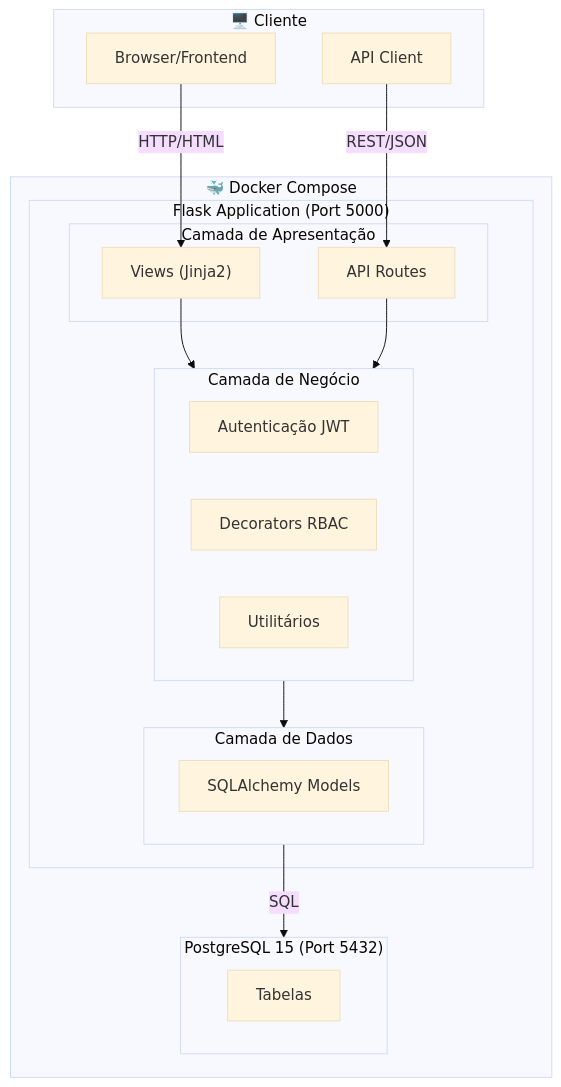
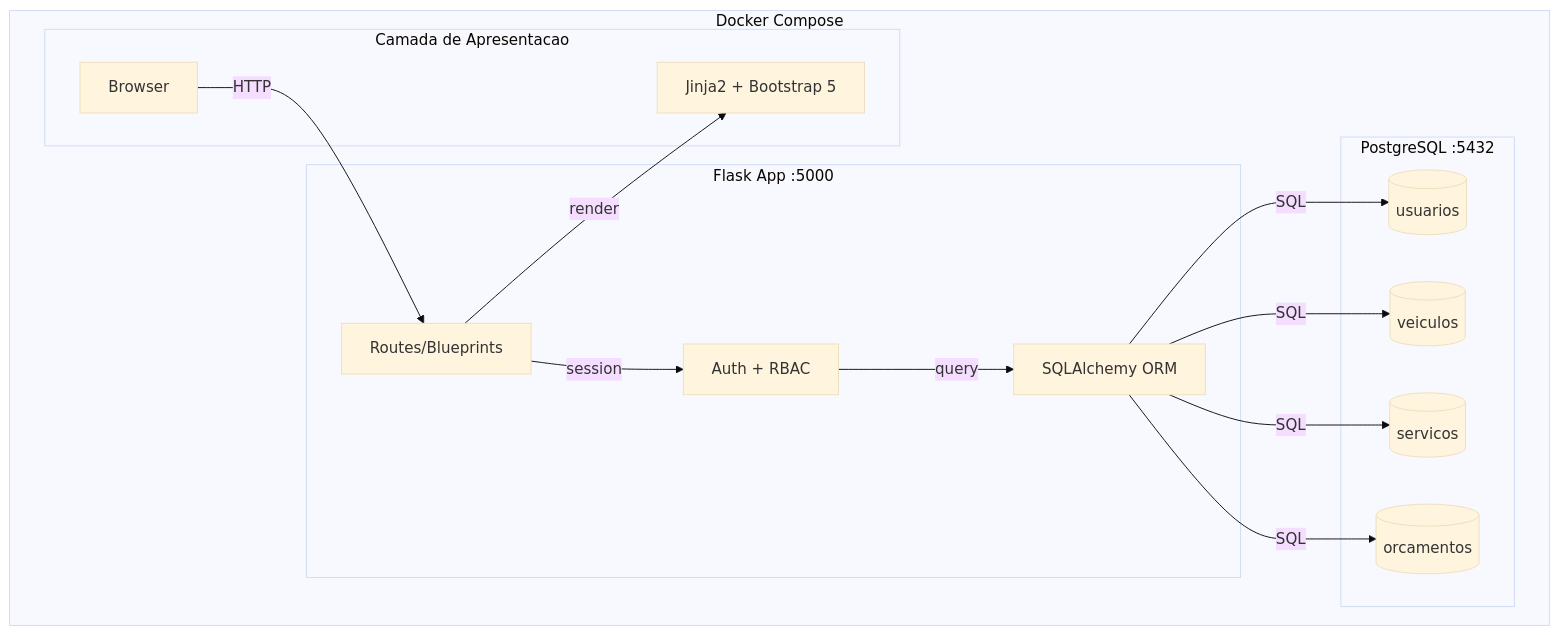
One commit to Gxaite/tppe changed the diagram in docs/ARQUITETURA.md. Above: the diagram before and after it, drawn with Mermaid (base theme). The commit also changed other lines of this file and 25 other files, not shown here.

````diff
--- a/docs/ARQUITETURA.md
+++ b/docs/ARQUITETURA.md
@@ -18,37 +24,31 @@
 ```mermaid
 flowchart TB
-    subgraph Cliente["🖥️ Cliente"]
-        Browser["Browser/Frontend"]
-        API["API Client"]
-    end
-
-    subgraph Container["🐳 Docker Compose"]
-        subgraph App["Flask Application (Port 5000)"]
-            subgraph Presentation["Camada de Apresentação"]
-                Views["Views (Jinja2)"]
-                Routes["API Routes"]
-            end
-
-            subgraph Business["Camada de Negócio"]
-                Auth["Autenticação JWT"]
-                Decorators["Decorators RBAC"]
-                Utils["Utilitários"]
-            end
-
-            subgraph Data["Camada de Dados"]
-                Models["SQLAlchemy Models"]
-            end
+    subgraph DOCKER["Docker Compose"]
+        subgraph FRONTEND["Camada de Apresentacao"]
+            BROWSER["Browser"]
+            TEMPLATES["Jinja2 + Bootstrap 5"]
         end
-
-        subgraph DB["PostgreSQL 15 (Port 5432)"]
-            Tables["Tabelas"]
+        
+        subgraph BACKEND["Flask App :5000"]
+            ROUTES["Routes/Blueprints"]
+            AUTH["Auth + RBAC"]
+            MODELS["SQLAlchemy ORM"]
+        end
+        
+        subgraph DATABASE["PostgreSQL :5432"]
+            USUARIOS[("usuarios")]
+            VEICULOS[("veiculos")]
+            SERVICOS[("servicos")]
+            ORCAMENTOS[("orcamentos")]
         end
     end
-
-    Browser -->|HTTP/HTML| Views
-    API -->|REST/JSON| Routes
-    Views --> Business
-    Routes --> Business
-    Business --> Data
-    Data -->|SQL| DB
+    
+    BROWSER -->|HTTP| ROUTES
+    ROUTES -->|render| TEMPLATES
+    ROUTES -->|session| AUTH
+    AUTH -->|query| MODELS
+    MODELS -->|SQL| USUARIOS
+    MODELS -->|SQL| VEICULOS
+    MODELS -->|SQL| SERVICOS
+    MODELS -->|SQL| ORCAMENTOS
 ```
````
